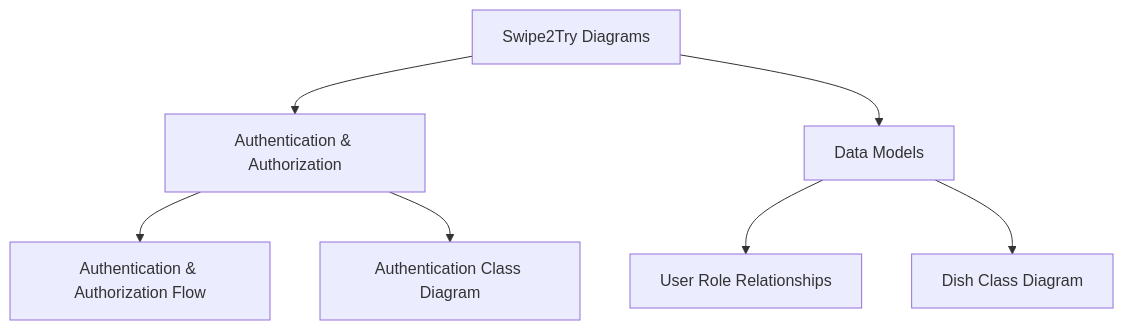
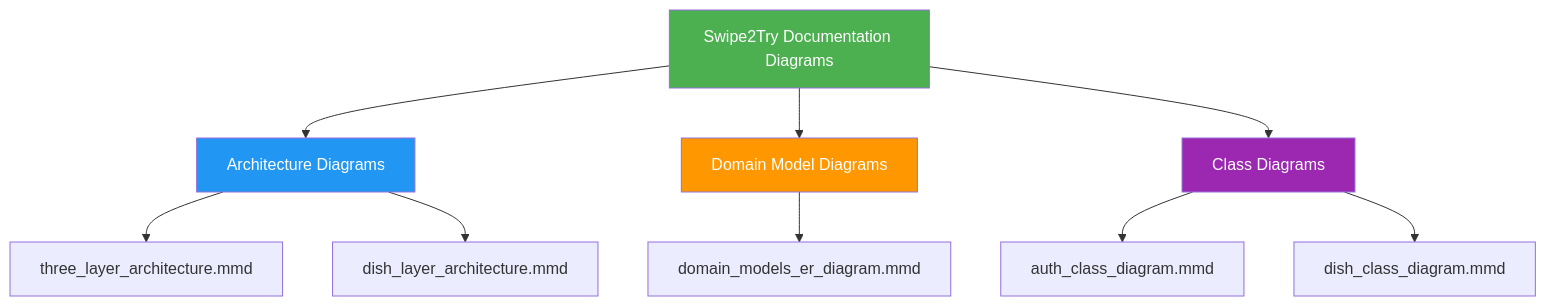
One commit to nick558234/Swipe2Try changed the diagram in docs/diagrams/diagrams_map.mmd. Above: the diagram before and after it, drawn with Mermaid. The commit also changed 2 other files, not shown here.

Commit message:
Refactor diagram structure: update diagrams_map and restore dish_layer_architecture; remove dish_two_layer_architecture and user_role_relationships

```diff
--- a/docs/diagrams/diagrams_map.mmd
+++ b/docs/diagrams/diagrams_map.mmd
@@ -1,22 +1,19 @@
 flowchart TD
-    A[Swipe2Try Diagrams] --> B[Authentication & Authorization]
-    A --> E[Data Models]
+    A[Swipe2Try Documentation Diagrams] --> B[Architecture Diagrams]
+    A --> C[Domain Model Diagrams]
+    A --> D[Class Diagrams]
     
-    B --> B2[Auth Flow Diagram]
-    B --> B3[Auth Class Diagram]
+    B --> F[three_layer_architecture.mmd]
+    B --> G[dish_layer_architecture.mmd]
     
-    E --> E1[User Role Relationships]
-    E --> E2[Dish Class Diagram]
+    C --> H[domain_models_er_diagram.mmd]
+    
+    D --> I[auth_class_diagram.mmd]
+    D --> J[dish_class_diagram.mmd]
+    
 
-    %% Links to actual diagram files
-    B2["Authentication & Authorization Flow"]
-    B3["Authentication Class Diagram"]
     
-    click B2 "authentication_authorization_flow.mmd"
-    click B3 "auth_class_diagram.mmd"
-    
-    E1["User Role Relationships"]
-    E2["Dish Class Diagram"]
-
-    click E1 "user_role_relationships.mmd"
-    click E2 "dish_class_diagram.mmd"
+    style A fill:#4CAF50,color:#fff
+    style B fill:#2196F3,color:#fff
+    style C fill:#FF9800,color:#fff
+    style D fill:#9C27B0,color:#fff
```
